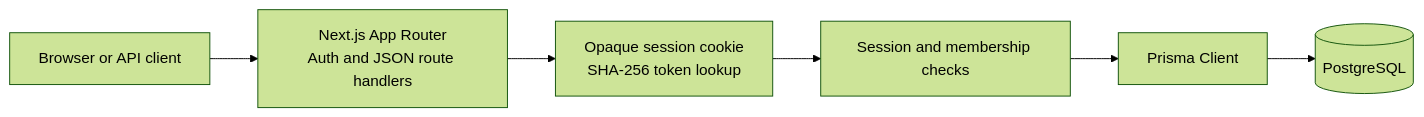
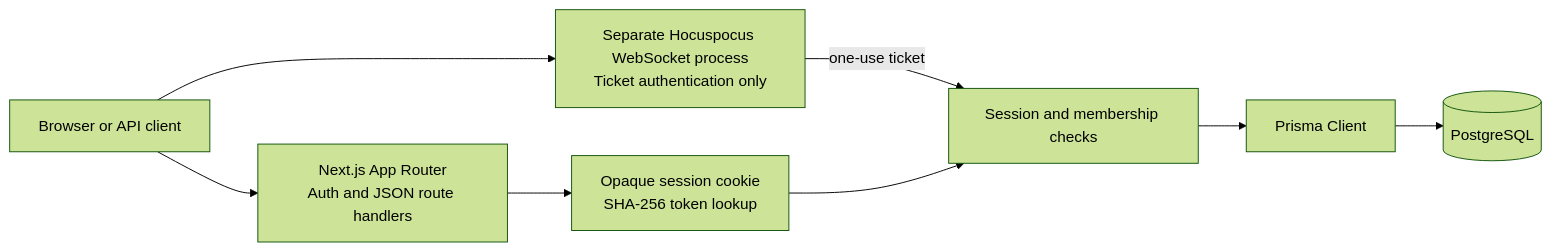
Before and after one commit to prathamesh-pp/collab-space: the diagram in README.md, drawn with Mermaid (forest theme). The commit also changed other lines of this file and 53 other files, not shown here.

````diff
--- a/README.md
+++ b/README.md
@@ -60,14 +66,17 @@
 ```mermaid
 flowchart LR
   Browser[Browser or API client]
   Next[Next.js App Router\nAuth and JSON route handlers]
+  Hocuspocus[Separate Hocuspocus WebSocket process\nTicket authentication only]
   Auth[Opaque session cookie\nSHA-256 token lookup]
   Policy[Session and membership checks]
   Prisma[Prisma Client]
   DB[(PostgreSQL)]
   Browser --> Next
+  Browser --> Hocuspocus
+  Hocuspocus -->|one-use ticket| Policy
   Next --> Auth
   Auth --> Policy
   Policy --> Prisma
   Prisma --> DB
 ```
````
